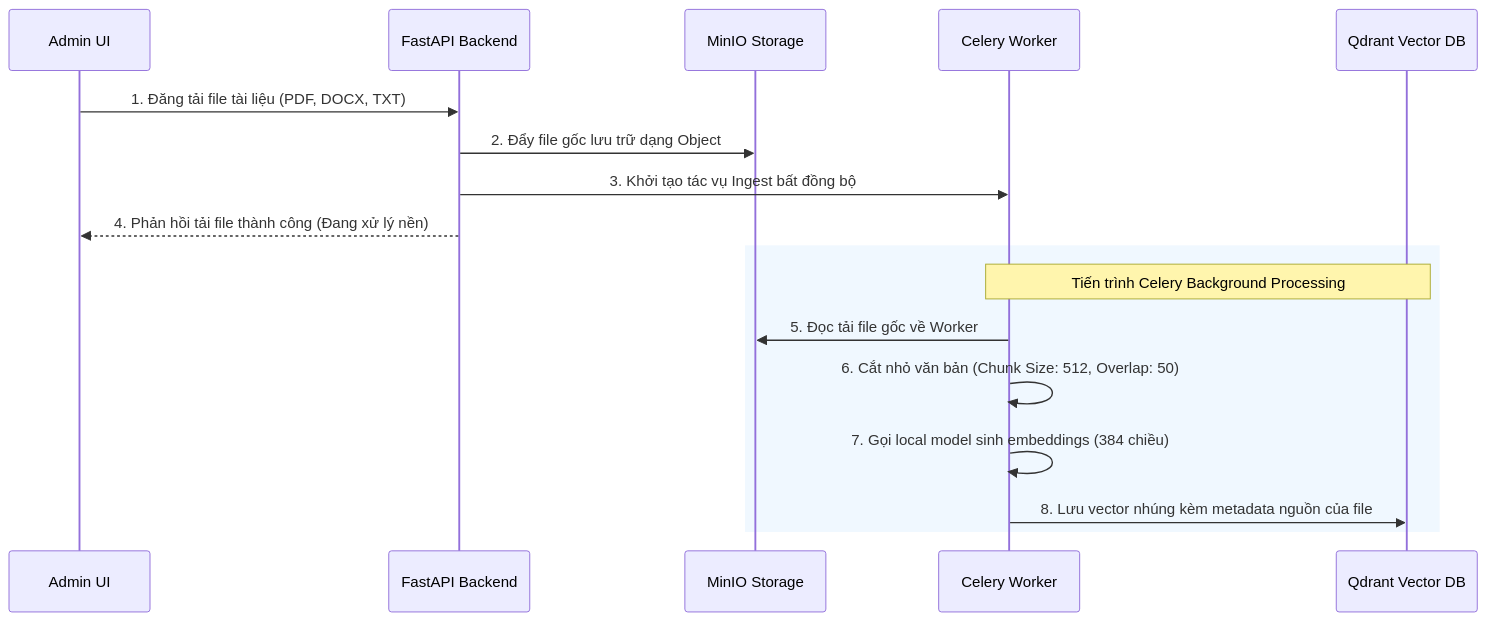
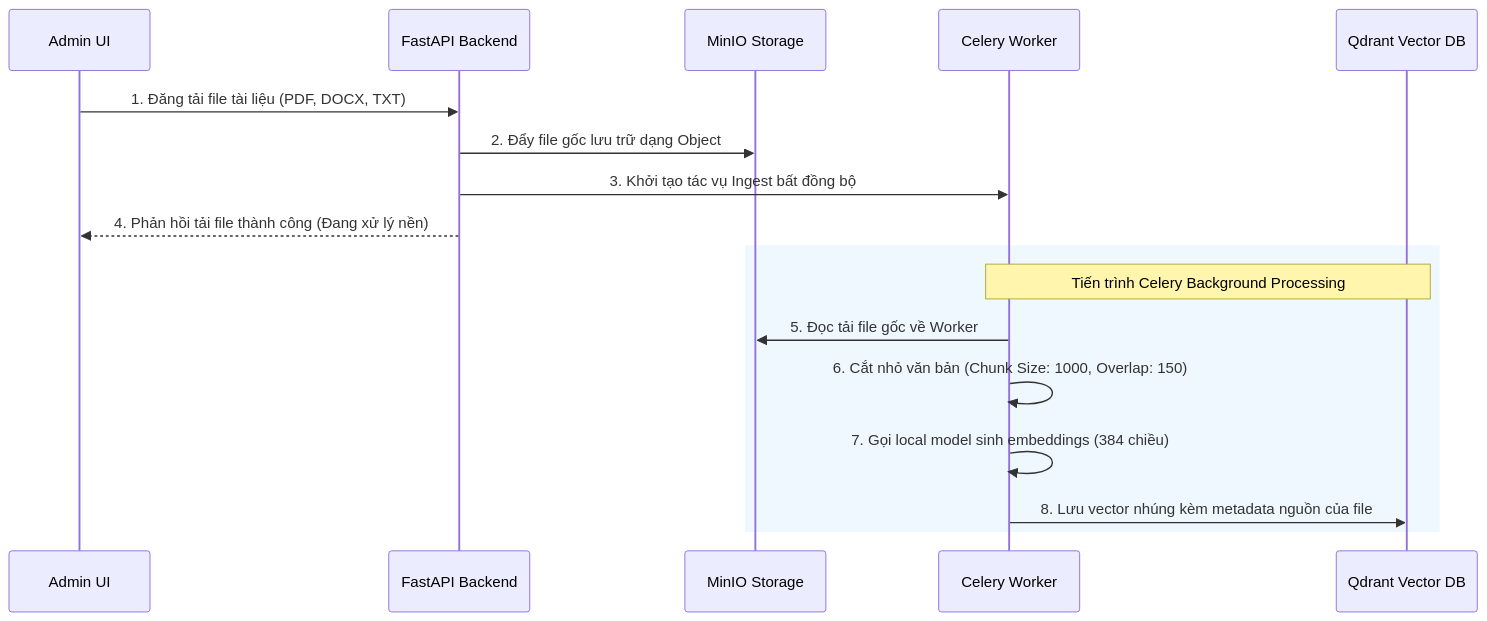
One commit to duykhanh186/RAG-Powered-GitLab-Handbook-Q-A-System changed the second of 3 diagrams in README.md. Above: the diagram before and after it, drawn with Mermaid. The commit also changed other lines of this file and 2 other files, not shown here.

````diff
--- a/README.md
+++ b/README.md
@@ -70,21 +71,21 @@
 ```mermaid
 sequenceDiagram
     participant User as Admin UI
     participant Backend as FastAPI Backend
     participant MinIO as MinIO Storage
     participant Celery as Celery Worker
     participant DB as Qdrant Vector DB
 
     User->>Backend: 1. Đăng tải file tài liệu (PDF, DOCX, TXT)
     Backend->>MinIO: 2. Đẩy file gốc lưu trữ dạng Object
     Backend->>Celery: 3. Khởi tạo tác vụ Ingest bất đồng bộ
     Backend-->>User: 4. Phản hồi tải file thành công (Đang xử lý nền)
     
     rect rgb(240, 248, 255)
         Note over Celery, DB: Tiến trình Celery Background Processing
         Celery->>MinIO: 5. Đọc tải file gốc về Worker
-        Celery->>Celery: 6. Cắt nhỏ văn bản (Chunk Size: 512, Overlap: 50)
+        Celery->>Celery: 6. Cắt nhỏ văn bản (Chunk Size: 1000, Overlap: 150)
         Celery->>Celery: 7. Gọi local model sinh embeddings (384 chiều)
         Celery->>DB: 8. Lưu vector nhúng kèm metadata nguồn của file
     end
 ```
````
